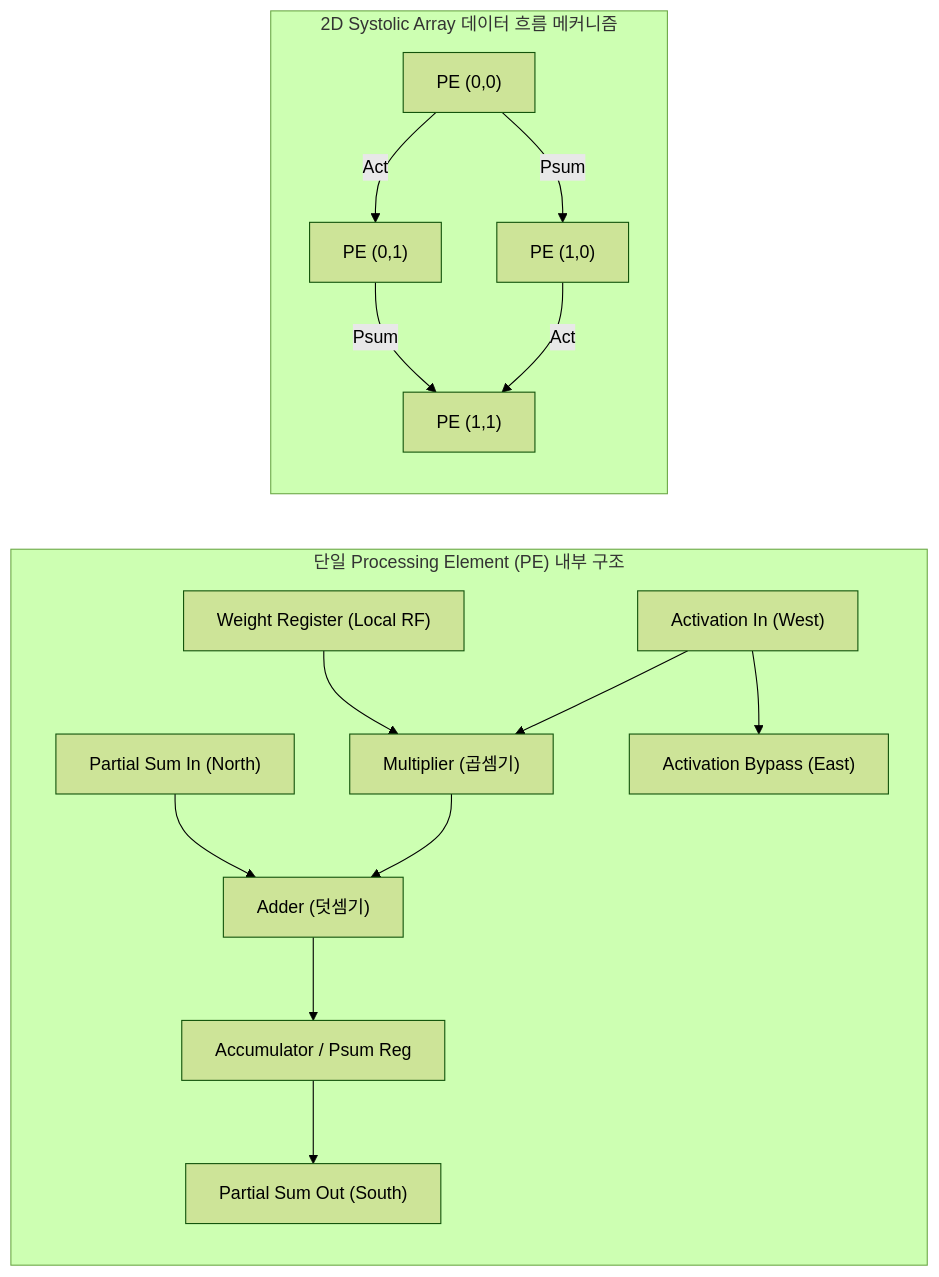
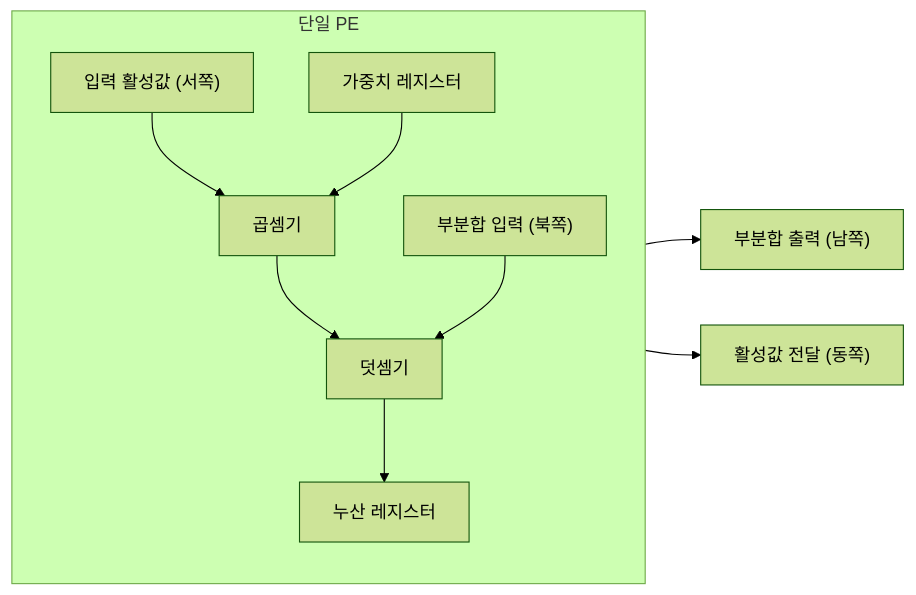
Before and after one commit to supremethumb/supremethumb.github.io: the diagram in content/01_IT Tech/PE.md, drawn with Mermaid (forest theme). The commit also changed other lines of this file and 1087 other files, not shown here.

````diff
--- a/content/01_IT Tech/PE.md
+++ b/content/01_IT Tech/PE.md
@@ -20,20 +35,13 @@
 ```mermaid
-graph LR
-    subgraph Single_PE ["단일 Processing Element (PE) 내부 구조"]
+flowchart LR
+    subgraph PE["단일 PE"]
         direction TB
-        IN_A["Activation In (West)"] --> MULT["Multiplier (곱셈기)"]
-        IN_W["Weight Register (Local RF)"] --> MULT
-        MULT --> ADD["Adder (덧셈기)"]
-        IN_PS["Partial Sum In (North)"] --> ADD
-        ADD --> ACC_REG["Accumulator / Psum Reg"]
-        ACC_REG --> OUT_PS["Partial Sum Out (South)"]
-        IN_A --> OUT_A["Activation Bypass (East)"]
+        A["입력 활성값 (서쪽)"] --> MUL["곱셈기"]
+        W["가중치 레지스터"] --> MUL
+        MUL --> ADD["덧셈기"]
+        PS["부분합 입력 (북쪽)"] --> ADD
+        ADD --> ACC["누산 레지스터"]
     end
-
-    subgraph Systolic_Grid ["2D Systolic Array 데이터 흐름 메커니즘"]
-        PE00["PE (0,0)"] -->|Act| PE01["PE (0,1)"]
-        PE00 -->|Psum| PE10["PE (1,0)"]
-        PE01 -->|Psum| PE11["PE (1,1)"]
-        PE10 -->|Act| PE11
-    end
+    ACC --> OUT["부분합 출력 (남쪽)"]
+    A --> PASS["활성값 전달 (동쪽)"]
 ```
````
